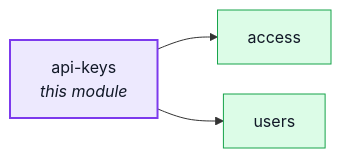
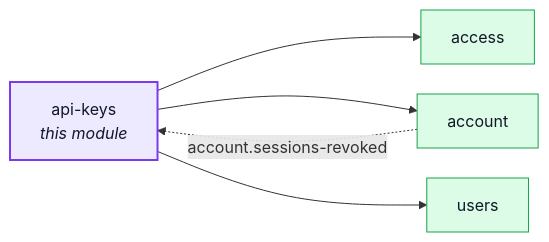
Before and after one commit to Guebbit/boilerplate-node-backend: the first of 3 diagrams in docs/modules/api-keys.md, drawn with Mermaid. The commit also changed other lines of this file and 29 other files, not shown here.

First line of the commit message:
feat(api-keys)!: minting needs a fresh session, every key expires, and a compromise revokes them

````diff
--- a/docs/modules/api-keys.md
+++ b/docs/modules/api-keys.md
@@ -20,17 +20,20 @@
 ```mermaid
 %%{init: {'flowchart': {'nodeSpacing': 30, 'rankSpacing': 60}}}%%
 flowchart LR
     api_keys["api-keys<br/><i>this module</i>"]
     access["access"]
+    account["account"]
     users["users"]
 
     api_keys --> access
+    api_keys --> account
     api_keys --> users
+    account -. "account.sessions-revoked" .-> api_keys
 
     classDef core fill:#dbeafe,stroke:#2563eb,color:#111827;
     classDef supporting fill:#fef3c7,stroke:#d97706,color:#111827;
     classDef generic fill:#dcfce7,stroke:#16a34a,color:#111827;
     classDef centre fill:#ede9fe,stroke:#7c3aed,stroke-width:2px,color:#111827;
-    class access,users generic;
+    class access,account,users generic;
     class api_keys centre;
 ```
````
